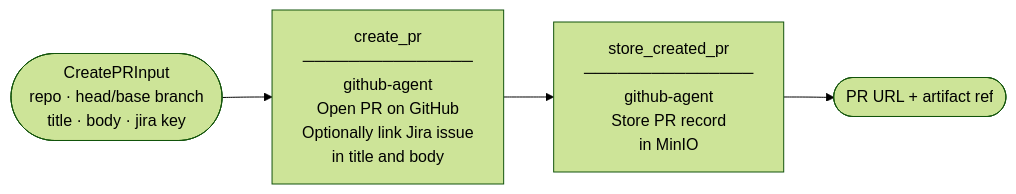
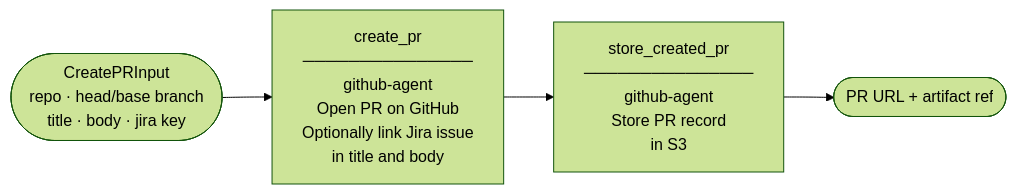
Before and after one commit to openshift-splat-team/splat-sdlc-operator: the fourth of 8 diagrams in README.md, drawn with Mermaid (forest theme). The commit also changed other lines of this file and 25 other files, not shown here.

````diff
--- a/README.md
+++ b/README.md
@@ -136,10 +136,10 @@
 ```mermaid
 flowchart LR
     IN(["CreatePRInput\nrepo · head/base branch\ntitle · body · jira key"]) --> A
 
     A["create_pr\n───────────────\ngithub-agent\nOpen PR on GitHub\nOptionally link Jira issue\nin title and body"]
 
-    A --> B["store_created_pr\n───────────────\ngithub-agent\nStore PR record\nin MinIO"]
+    A --> B["store_created_pr\n───────────────\ngithub-agent\nStore PR record\nin S3"]
 
     B --> OUT([PR URL + artifact ref])
 ```
````
